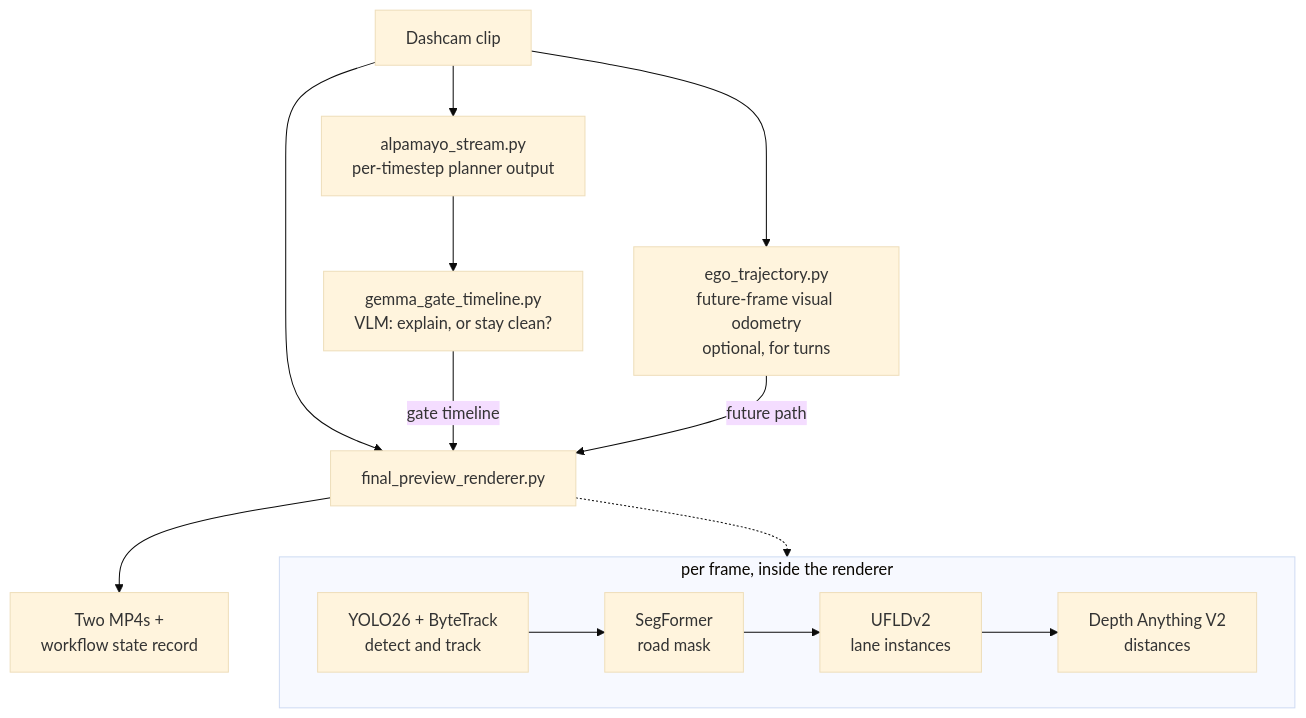
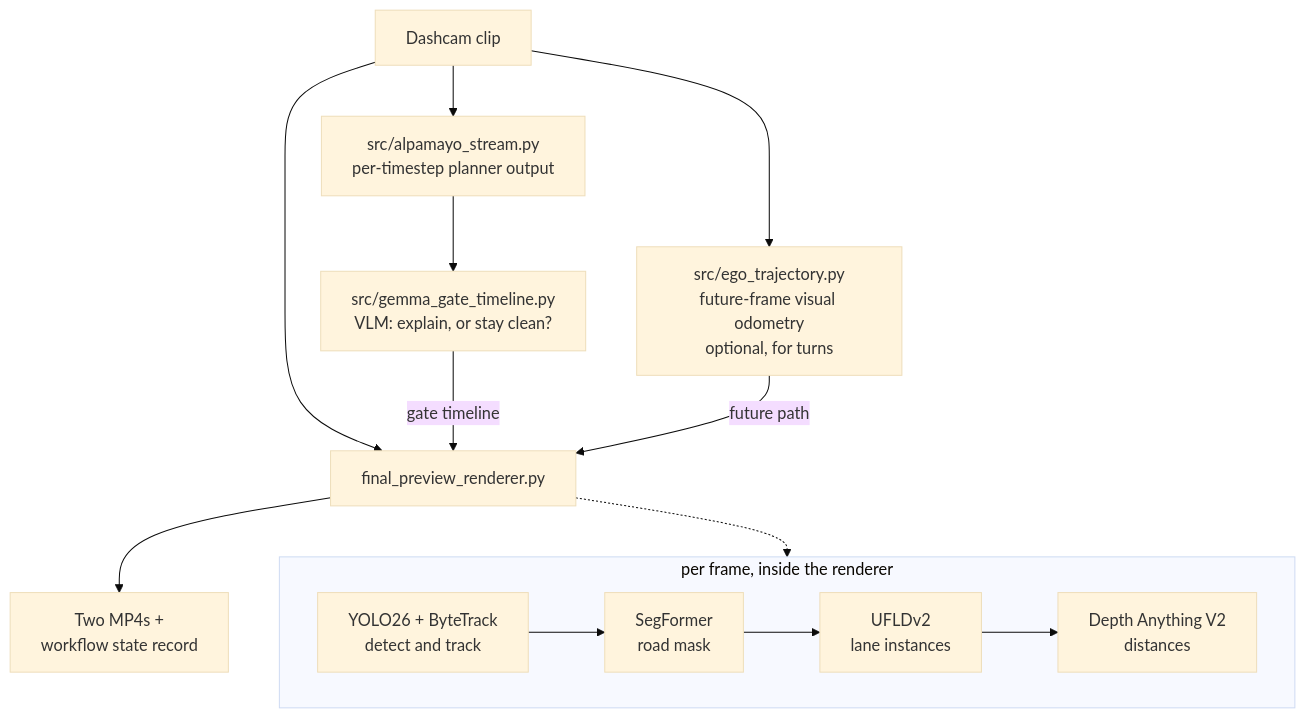
Before and after one commit to Shaadalam9/opticarvis: the diagram in README.md, drawn with Mermaid (base theme). The commit also changed other lines of this file and 24 other files, not shown here.

````diff
--- a/README.md
+++ b/README.md
@@ -110,19 +110,19 @@
 ```mermaid
 flowchart TD
-    A[Dashcam clip] --> B[alpamayo_stream.py<br/>per-timestep planner output]
-    B --> C[gemma_gate_timeline.py<br/>VLM: explain, or stay clean?]
-    A --> D[ego_trajectory.py<br/>future-frame visual odometry<br/>optional, for turns]
+    A[Dashcam clip] --> B[src/alpamayo_stream.py<br/>per-timestep planner output]
+    B --> C[src/gemma_gate_timeline.py<br/>VLM: explain, or stay clean?]
+    A --> D[src/ego_trajectory.py<br/>future-frame visual odometry<br/>optional, for turns]
     A --> E[final_preview_renderer.py]
     C -->|gate timeline| E
     D -->|future path| E
     E --> F[Two MP4s +<br/>workflow state record]
 
     subgraph P [per frame, inside the renderer]
         direction LR
         P1[YOLO26 + ByteTrack<br/>detect and track] --> P2[SegFormer<br/>road mask]
         P2 --> P3[UFLDv2<br/>lane instances]
         P3 --> P4[Depth Anything V2<br/>distances]
     end
 
     E -.-> P
 ```
````
